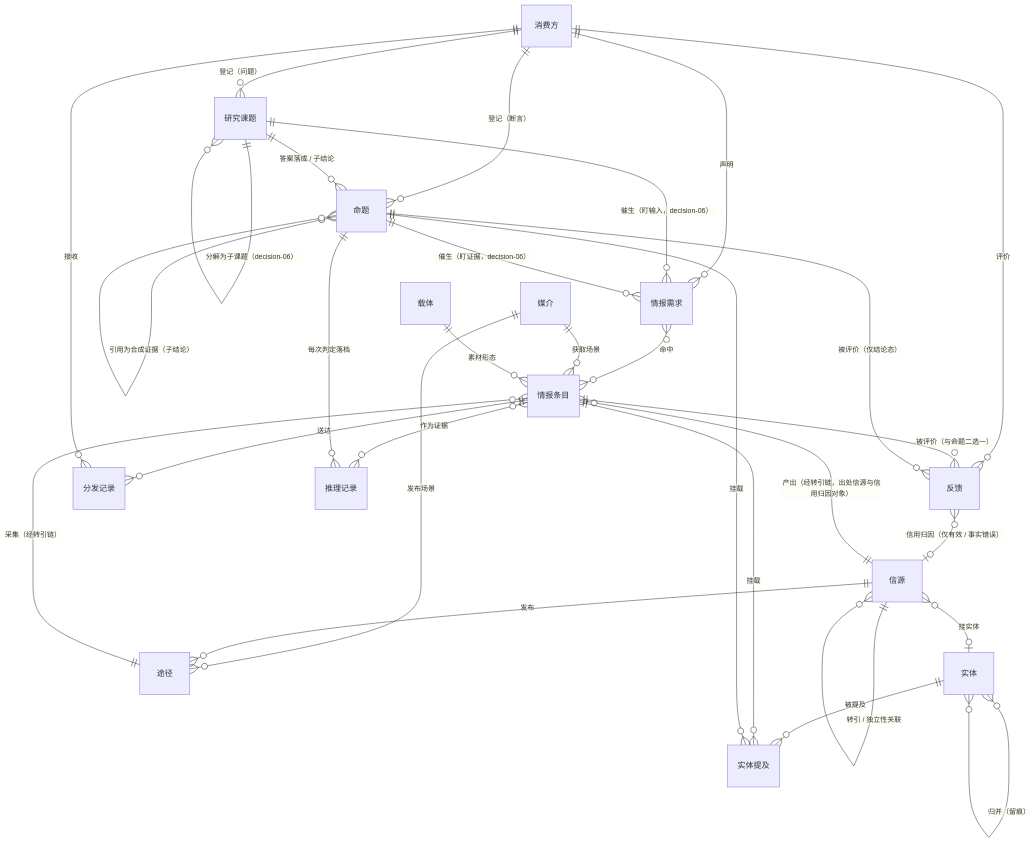
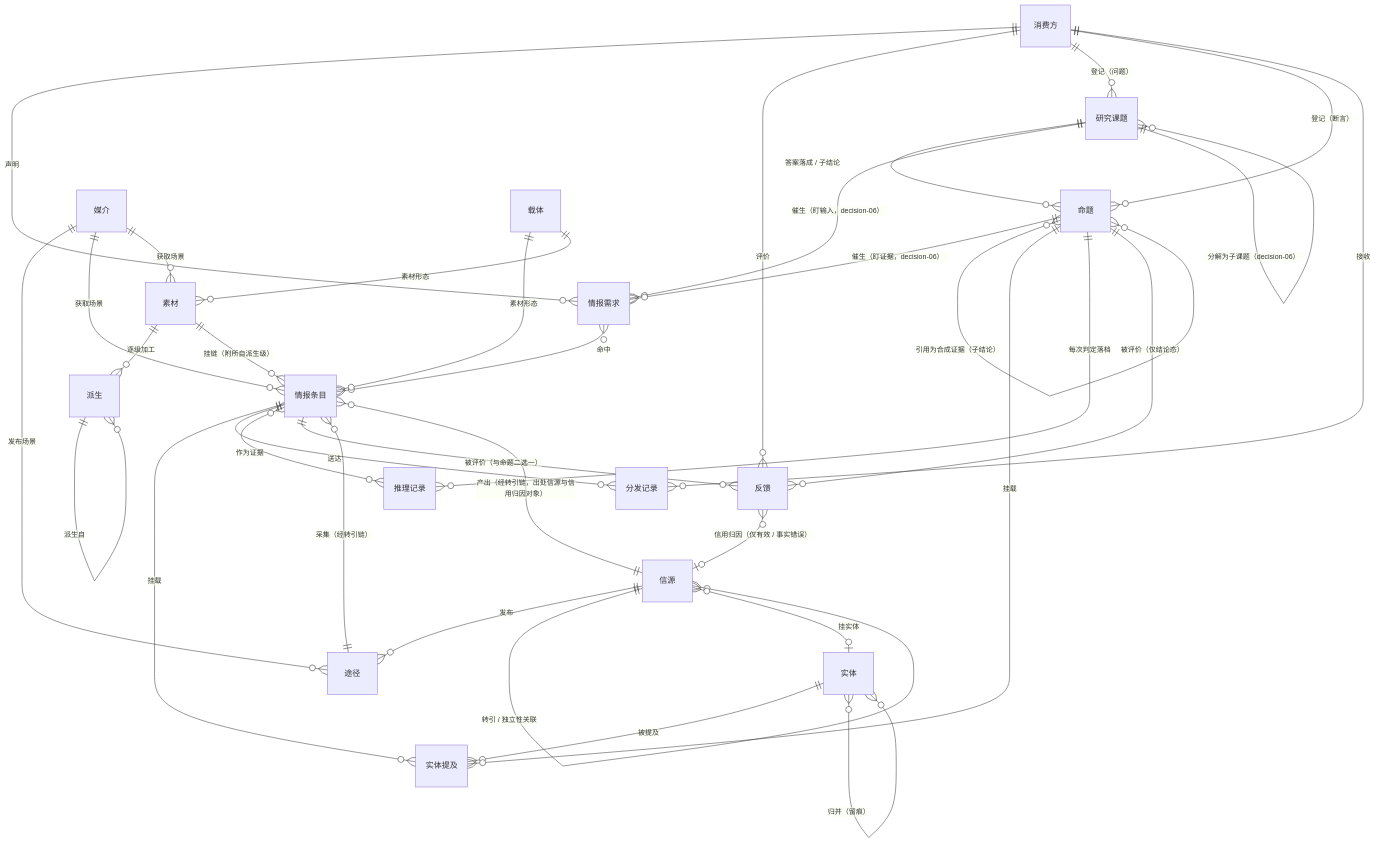
The third of 8 diagrams in backlog/docs/doc-02 - 领域模型-Domain-Model.md (leoricmaster/iih), drawn with Mermaid before and after one commit. The commit also changed other lines of this file and 26 other files, not shown here.

````diff
--- a/backlog/docs/doc-02 - 领域模型-Domain-Model.md
+++ b/backlog/docs/doc-02 - 领域模型-Domain-Model.md
@@ -68,32 +68,37 @@
 ```mermaid
 erDiagram
     消费方 ||--o{ 情报需求 : "声明"
     消费方 ||--o{ 反馈 : "评价"
     消费方 ||--o{ 研究课题 : "登记（问题）"
     消费方 ||--o{ 命题 : "登记（断言）"
     研究课题 ||--o{ 命题 : "答案落成 / 子结论"
     研究课题 ||--o{ 情报需求 : "催生（盯输入，decision-06）"
     命题 ||--o{ 情报需求 : "催生（盯证据，decision-06）"
     研究课题 ||--o{ 研究课题 : "分解为子课题（decision-06）"
     命题 }o--o{ 命题 : "引用为合成证据（子结论）"
     情报需求 }o--o{ 情报条目 : "命中"
     媒介 ||--o{ 途径 : "发布场景"
     媒介 ||--o{ 情报条目 : "获取场景"
     载体 ||--o{ 情报条目 : "素材形态"
+    媒介 ||--o{ 素材 : "获取场景"
+    载体 ||--o{ 素材 : "素材形态"
+    素材 ||--o{ 派生 : "逐级加工"
+    派生 ||--o{ 派生 : "派生自"
+    素材 ||--o{ 情报条目 : "挂链（附所自派生级）"
     信源 ||--o{ 途径 : "发布"
     途径 ||--o{ 情报条目 : "采集（经转引链）"
     信源 ||--o{ 情报条目 : "产出（经转引链，出处信源与信用归因对象）"
     信源 ||--o{ 信源 : "转引 / 独立性关联"
     信源 }o--o| 实体 : "挂实体"
     实体 ||--o{ 实体提及 : "被提及"
     情报条目 ||--o{ 实体提及 : "挂载"
     命题 ||--o{ 实体提及 : "挂载"
     实体 }o--o{ 实体 : "归并（留痕）"
     情报条目 ||--o{ 分发记录 : "送达"
     消费方 ||--o{ 分发记录 : "接收"
     情报条目 }o--o{ 推理记录 : "作为证据"
     命题 ||--o{ 推理记录 : "每次判定落档"
     情报条目 ||--o{ 反馈 : "被评价（与命题二选一）"
     命题 ||--o{ 反馈 : "被评价（仅结论态）"
     反馈 }o--o| 信源 : "信用归因（仅有效 / 事实错误）"
 ```
````
